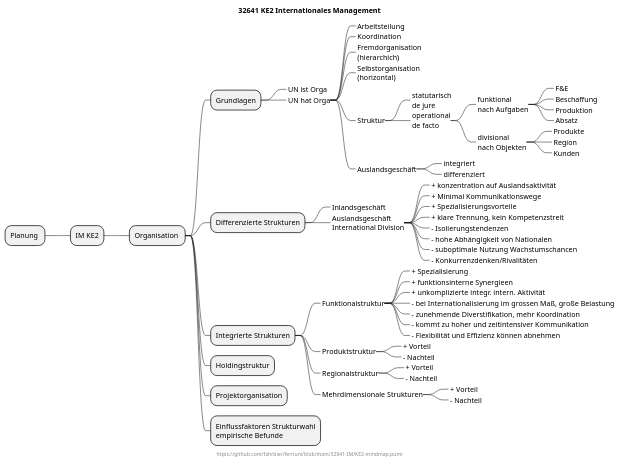
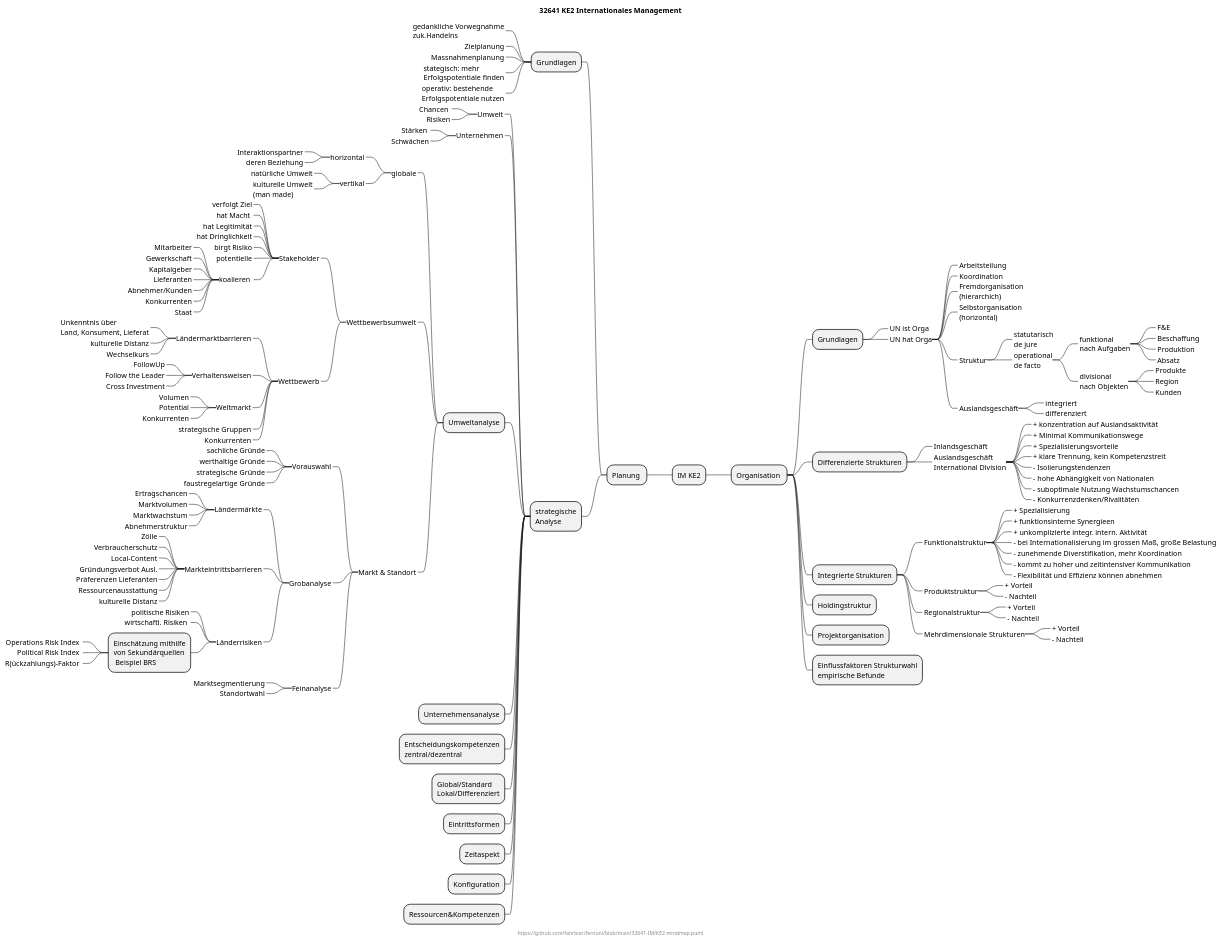
Before and after one commit to fahrbier/fernuni: the diagram in 32641-IM/KE2-mindmap.puml, drawn with PlantUML.

```diff
--- a/32641-IM/KE2-mindmap.puml
+++ b/32641-IM/KE2-mindmap.puml
@@ -1,71 +1,171 @@
 @startmindmap
 title 32641 KE2 Internationales Management
 center footer https://github.com/fahrbier/fernuni/blob/main/32641-IM/KE2-mindmap.puml
 
 + IM KE2
 -- Planung 
+--- Grundlagen
+----_ gedankliche Vorwegnahme\nzuk.Handelns
+----_ Zielplanung
+----_ Massnahmenplanung
+----_ stategisch: mehr\nErfolgspotentiale finden
+----_ operativ: bestehende\nErfolgspotentiale nutzen
+
+
+--- strategische\nAnalyse
+----_ Umwelt
+-----_ Chancen 
+-----_ Risiken
+----_ Unternehmen
+-----_ Stärken 
+-----_ Schwächen
+---- Umweltanalyse
+-----_ globale
+------_ horizontal
+-------_ Interaktionspartner
+-------_ deren Beziehung
+------_ vertikal
+-------_ natürliche Umwelt
+-------_ kulturelle Umwelt\n(man made)
+-----_ Wettbewerbsumwelt
+
+------_ Stakeholder
+-------_ verfolgt Ziel
+-------_ hat Macht 
+-------_ hat Legitimität
+-------_ hat Dringlichkeit
+-------_ birgt Risiko
+-------_ potentielle
+-------_ koalieren 
+--------_ Mitarbeiter
+--------_ Gewerkschaft
+--------_ Kapitalgeber
+--------_ Lieferanten
+--------_ Abnehmer/Kunden
+--------_ Konkurrenten
+--------_ Staat
+------_ Wettbewerb
+-------_ Ländermarktbarrieren
+--------_ Unkenntnis über\nLand, Konsument, Lieferat
+--------_ kulturelle Distanz
+--------_ Wechselkurs
+-------_ Verhaltensweisen
+--------_ FollowUp
+--------_ Follow the Leader
+--------_ Cross Investment
+-------_ Weltmarkt
+--------_ Volumen
+--------_ Potential
+--------_ Konkurrenten
+-------_ strategische Gruppen
+-------_ Konkurrenten
+
+
+-----_ Markt & Standort
+------_ Vorauswahl
+-------_ sachliche Gründe
+-------_ werthaltige Gründe
+-------_ strategische Gründe
+-------_ faustregelartige Gründe
+
+------_ Grobanalyse
+-------_ Ländermärkte
+--------_ Ertragschancen
+--------_ Marktvolumen
+--------_ Marktwachstum
+--------_ Abnehmerstruktur
+-------_ Markteintrittsbarrieren
+--------_ Zölle
+--------_ Verbraucherschutz
+--------_ Local-Content
+--------_ Gründungsverbot Ausl.
+--------_ Präferenzen Lieferanten
+--------_ Ressourcenausstattung
+--------_ kulturelle Distanz
+-------_ Länderrisiken
+--------_ politische Risiken
+--------_ wirtschaftl. Risiken 
+-------- Einschätzung mithilfe\nvon Sekundärquellen\n Beispiel BRS 
+---------_ Operations Risk Index 
+---------_ Political Risk Index 
+---------_ R(ückzahlungs)-Faktor 
+
+
+
+------_ Feinanalyse
+-------_ Marktsegmentierung
+-------_ Standortwahl
+
+---- Unternehmensanalyse
+---- Entscheidungskompetenzen\nzentral/dezentral
+---- Global/Standard\nLokal/Differenziert
+---- Eintrittsformen
+---- Zeitaspekt
+---- Konfiguration
+---- Ressourcen&Kompetenzen
+
 ++ Organisation 
 +++ Grundlagen
 ++++_ UN ist Orga
 ++++_ UN hat Orga
 +++++_ Arbeitsteilung
 +++++_ Koordination
 +++++_ Fremdorganisation\n(hierarchich)
 +++++_ Selbstorganisation\n(horizontal)
 +++++_ Struktur
 ++++++_ statutarisch\nde jure
 ++++++_ operational\nde facto
 +++++++_ funktional\nnach Aufgaben
 ++++++++_ F&E
 ++++++++_ Beschaffung
 ++++++++_ Produktion
 ++++++++_ Absatz
 +++++++_ divisional\nnach Objekten
 ++++++++_ Produkte
 ++++++++_ Region
 ++++++++_ Kunden
 +++++_ Auslandsgeschäft
 ++++++_ integriert
 ++++++_ differenziert
 
 +++ Differenzierte Strukturen
 ++++_ Inlandsgeschäft
 ++++_ Auslandsgeschäft\nInternational Division
 +++++_ + konzentration auf Auslandsaktivität
 +++++_ + Minimal Kommunikationswege
 +++++_ + Spezialisierungsvorteile
 +++++_ + klare Trennung, kein Kompetenzstreit
 +++++_ - Isolierungstendenzen
 +++++_ - hohe Abhängigkeit von Nationalen
 +++++_ - suboptimale Nutzung Wachstumschancen
 +++++_ - Konkurrenzdenken/Rivalitäten
 
 
 
 
 +++ Integrierte Strukturen
 ++++_ Funktionalstruktur
 +++++_ + Spezialisierung
 +++++_ + funktionsinterne Synergieen
 +++++_ + unkomplizierte integr. intern. Aktivität
 +++++_ - bei Internationalisierung im grossen Maß, große Belastung
 +++++_ - zunehmende Diverstifikation, mehr Koordination
 +++++_ - kommt zu hoher und zeitintensiver Kommunikation
 +++++_ - Flexibilität und Effizienz können abnehmen
 ++++_ Produktstruktur
 +++++_ + Vorteil
 +++++_ - Nachteil
 ++++_ Regionalstruktur
 +++++_ + Vorteil
 +++++_ - Nachteil
 ++++_ Mehrdimensionale Strukturen
 +++++_ + Vorteil
 +++++_ - Nachteil
 
 +++ Holdingstruktur
 
 +++ Projektorganisation
 
 +++ Einflussfaktoren Strukturwahl\nempirische Befunde
 
 @endmindmap
```
